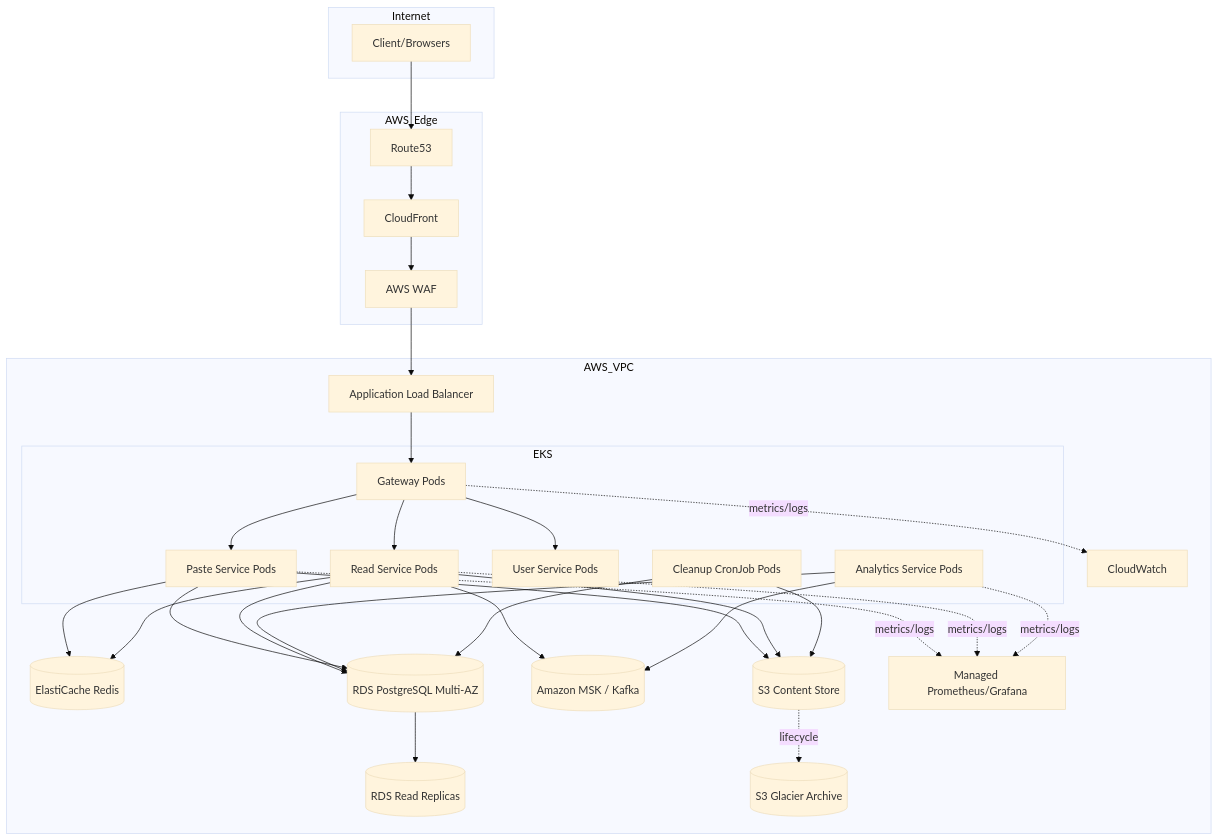
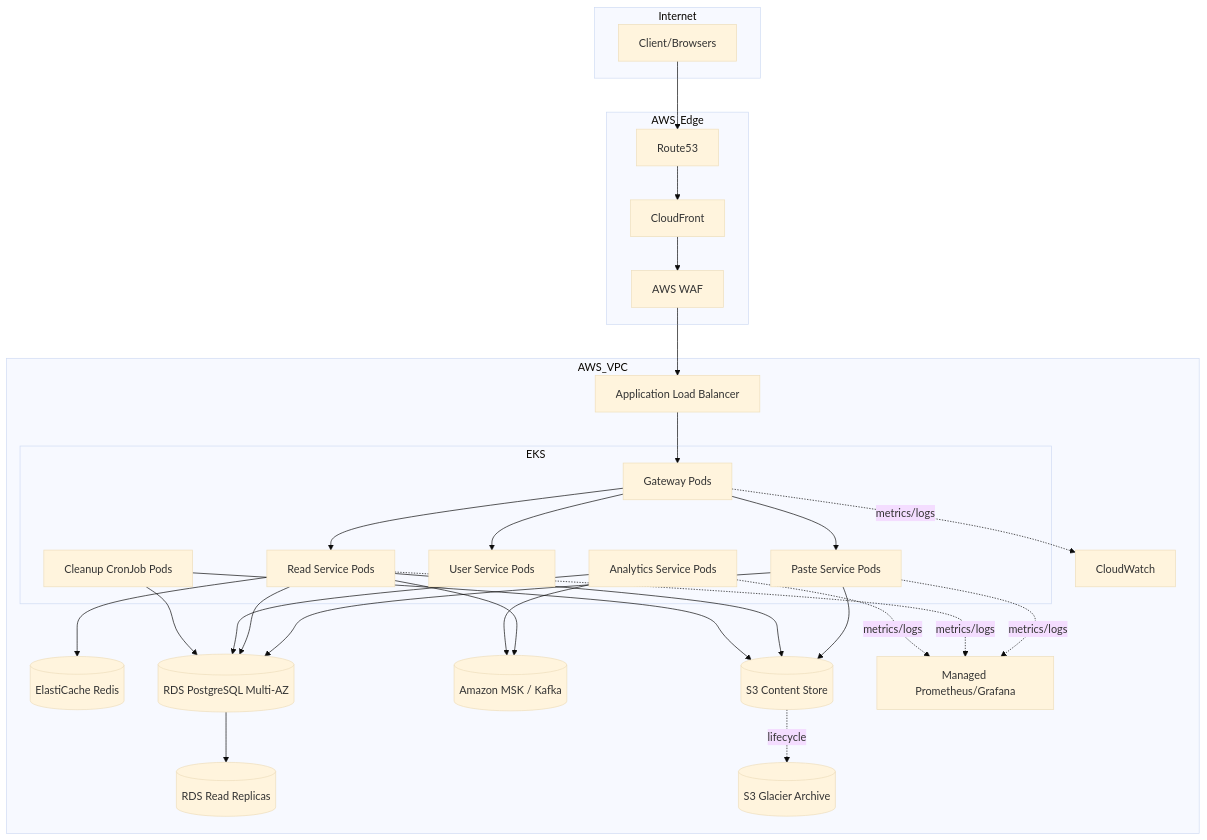
One commit to vanhiep99w/system-design-practice changed the sixth of 6 diagrams in paste-bin.md. Above: the diagram before and after it, drawn with Mermaid (base theme). The commit also changed other lines of this file, not shown here.

````diff
--- a/paste-bin.md
+++ b/paste-bin.md
@@ -988,57 +978,56 @@
 ```mermaid
 flowchart TB
     subgraph Internet
         C[Client/Browsers]
     end
 
     subgraph AWS_Edge
         R53[Route53]
         CF[CloudFront]
         WAF[AWS WAF]
     end
 
     subgraph AWS_VPC
         ALB[Application Load Balancer]
 
         subgraph EKS
             GW[Gateway Pods]
             PS[Paste Service Pods]
             RS[Read Service Pods]
             US[User Service Pods]
             AS[Analytics Service Pods]
             CJ[Cleanup CronJob Pods]
         end
 
         REDIS[(ElastiCache Redis)]
         RDS[(RDS PostgreSQL Multi-AZ)]
         RR[(RDS Read Replicas)]
         MSK[(Amazon MSK / Kafka)]
         S3[(S3 Content Store)]
         S3G[(S3 Glacier Archive)]
         CW[CloudWatch]
         AMG[Managed Prometheus/Grafana]
     end
 
     C --> R53 --> CF --> WAF --> ALB --> GW
     GW --> PS
     GW --> RS
     GW --> US
     PS --> S3
     PS --> RDS
-    PS --> REDIS
     RS --> REDIS
     RS --> RDS
     RS --> S3
     RS --> MSK
     AS --> MSK
     AS --> RDS
     CJ --> RDS
     CJ --> S3
     RDS --> RR
     S3 -.lifecycle.-> S3G
 
     GW -.metrics/logs.-> CW
     PS -.metrics/logs.-> AMG
     RS -.metrics/logs.-> AMG
     AS -.metrics/logs.-> AMG
 ```
````
